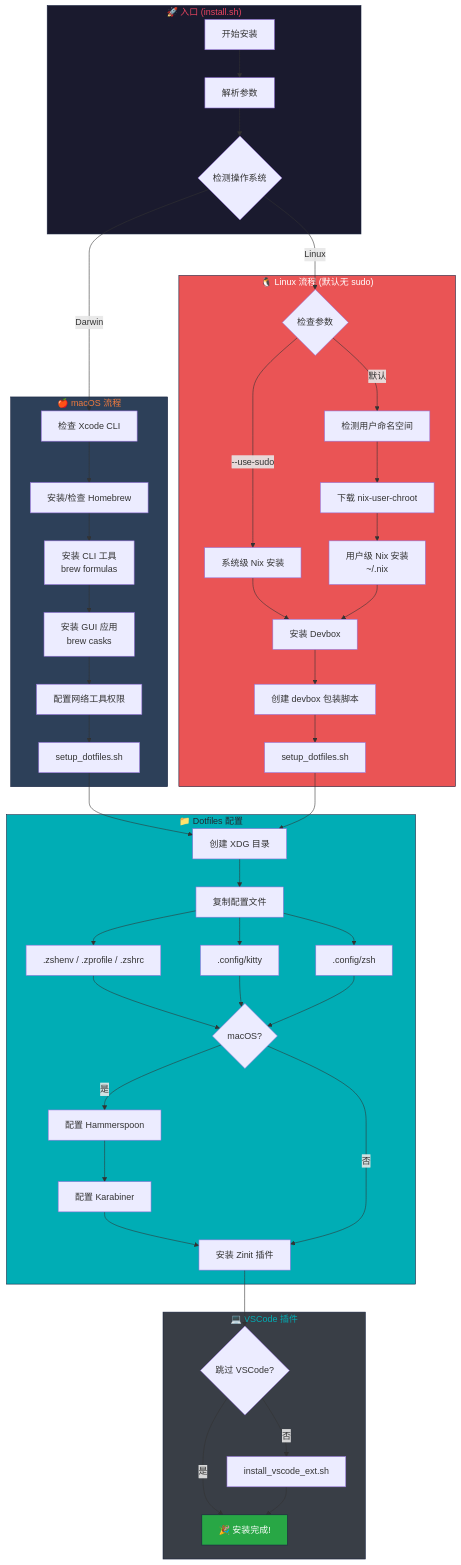
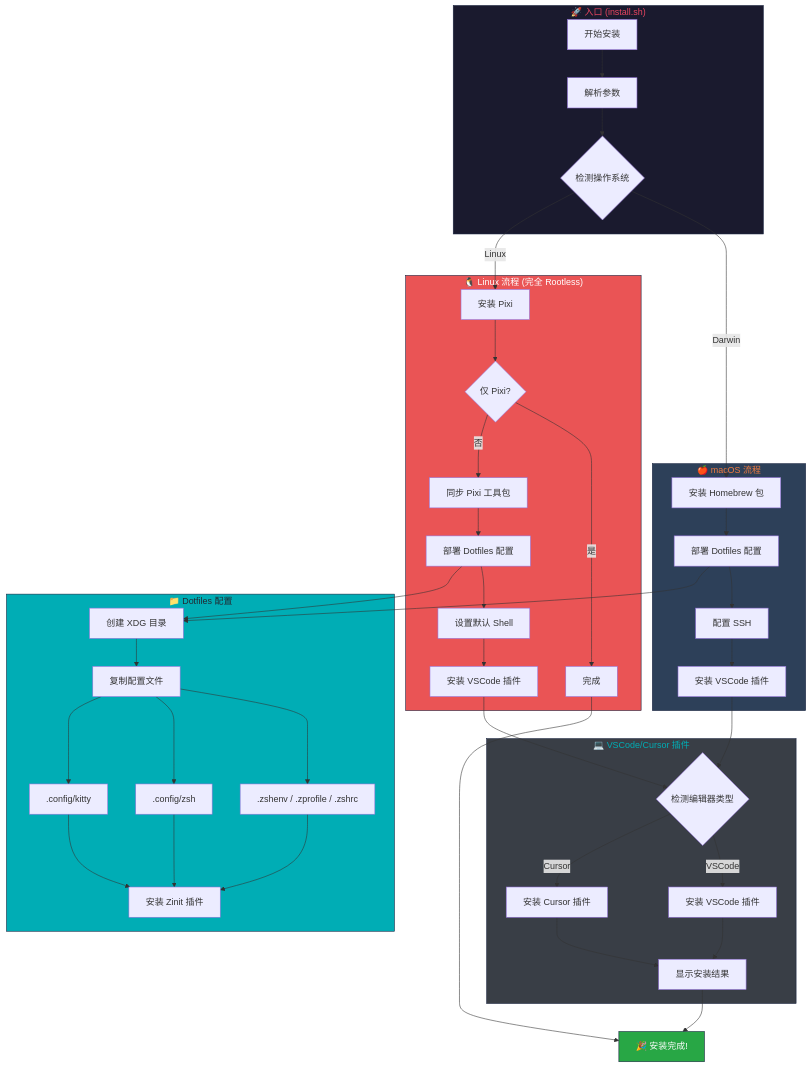
Before and after one commit to Learner-Geek-Perfectionist/Dotfiles: the first of 5 diagrams in docs/flowchart.md, drawn with Mermaid. The commit also changed other lines of this file and 1 other file, not shown here.

````diff
--- a/docs/flowchart.md
+++ b/docs/flowchart.md
@@ -5,58 +5,52 @@
 ```mermaid
 flowchart TB
     subgraph Entry["🚀 入口 (install.sh)"]
         A[开始安装] --> B[解析参数]
         B --> C{检测操作系统}
     end
 
     subgraph macOS["🍎 macOS 流程"]
-        C -->|Darwin| M1[检查 Xcode CLI]
-        M1 --> M2[安装/检查 Homebrew]
-        M2 --> M3[安装 CLI 工具<br/>brew formulas]
-        M3 --> M4[安装 GUI 应用<br/>brew casks]
-        M4 --> M5[配置网络工具权限]
-        M5 --> M6[setup_dotfiles.sh]
+        C -->|Darwin| M1[安装 Homebrew 包]
+        M1 --> M2[部署 Dotfiles 配置]
+        M2 --> M3[配置 SSH]
+        M3 --> M4[安装 VSCode 插件]
     end
 
-    subgraph Linux["🐧 Linux 流程 (默认无 sudo)"]
-        C -->|Linux| L1{检查参数}
-        L1 -->|--use-sudo| L2[系统级 Nix 安装]
-        L1 -->|默认| L3[检测用户命名空间]
-        L3 --> L4[下载 nix-user-chroot]
-        L4 --> L5[用户级 Nix 安装<br/>~/.nix]
-        L2 --> L6[安装 Devbox]
-        L5 --> L6
-        L6 --> L7[创建 devbox 包装脚本]
-        L7 --> L8[setup_dotfiles.sh]
+    subgraph Linux["🐧 Linux 流程 (完全 Rootless)"]
+        C -->|Linux| L1[安装 Pixi]
+        L1 --> L2{仅 Pixi?}
+        L2 -->|是| L3[完成]
+        L2 -->|否| L4[同步 Pixi 工具包]
+        L4 --> L5[部署 Dotfiles 配置]
+        L5 --> L6[设置默认 Shell]
+        L6 --> L7[安装 VSCode 插件]
     end
 
     subgraph Dotfiles["📁 Dotfiles 配置"]
-        M6 --> D1
-        L8 --> D1[创建 XDG 目录]
+        M2 --> D1
+        L5 --> D1[创建 XDG 目录]
         D1 --> D2[复制配置文件]
-        D2 --> D3[".zshenv / .zprofile / .zshrc"]
-        D2 --> D4[".config/kitty"]
-        D2 --> D5[".config/zsh"]
-        D3 & D4 & D5 --> D6{macOS?}
-        D6 -->|是| D7[配置 Hammerspoon]
-        D7 --> D8[配置 Karabiner]
-        D8 --> D9
-        D6 -->|否| D9[安装 Zinit 插件]
+        D2 --> D3[.zshenv / .zprofile / .zshrc]
+        D2 --> D4[.config/zsh]
+        D2 --> D5[.config/kitty]
+        D3 & D4 & D5 --> D6[安装 Zinit 插件]
     end
 
-    subgraph VSCode["💻 VSCode 插件"]
-        D9 --> V1{跳过 VSCode?}
-        V1 -->|否| V2[install_vscode_ext.sh]
-        V1 -->|是| END
-        V2 --> END
+    subgraph VSCode["💻 VSCode/Cursor 插件"]
+        M4 --> V1
+        L7 --> V1{检测编辑器类型}
+        V1 -->|VSCode| V2[安装 VSCode 插件]
+        V1 -->|Cursor| V3[安装 Cursor 插件]
+        V2 & V3 --> V4[显示安装结果]
     end
 
-    END[🎉 安装完成!]
+    L3 --> END
+    V4 --> END[🎉 安装完成!]
 
     style Entry fill:#1a1a2e,stroke:#16213e,color:#e94560
     style macOS fill:#2d4059,stroke:#16213e,color:#f07b3f
     style Linux fill:#ea5455,stroke:#16213e,color:#fff
     style Dotfiles fill:#00adb5,stroke:#16213e,color:#222831
     style VSCode fill:#393e46,stroke:#16213e,color:#00adb5
     style END fill:#28a745,stroke:#16213e,color:#fff
 ```
````
